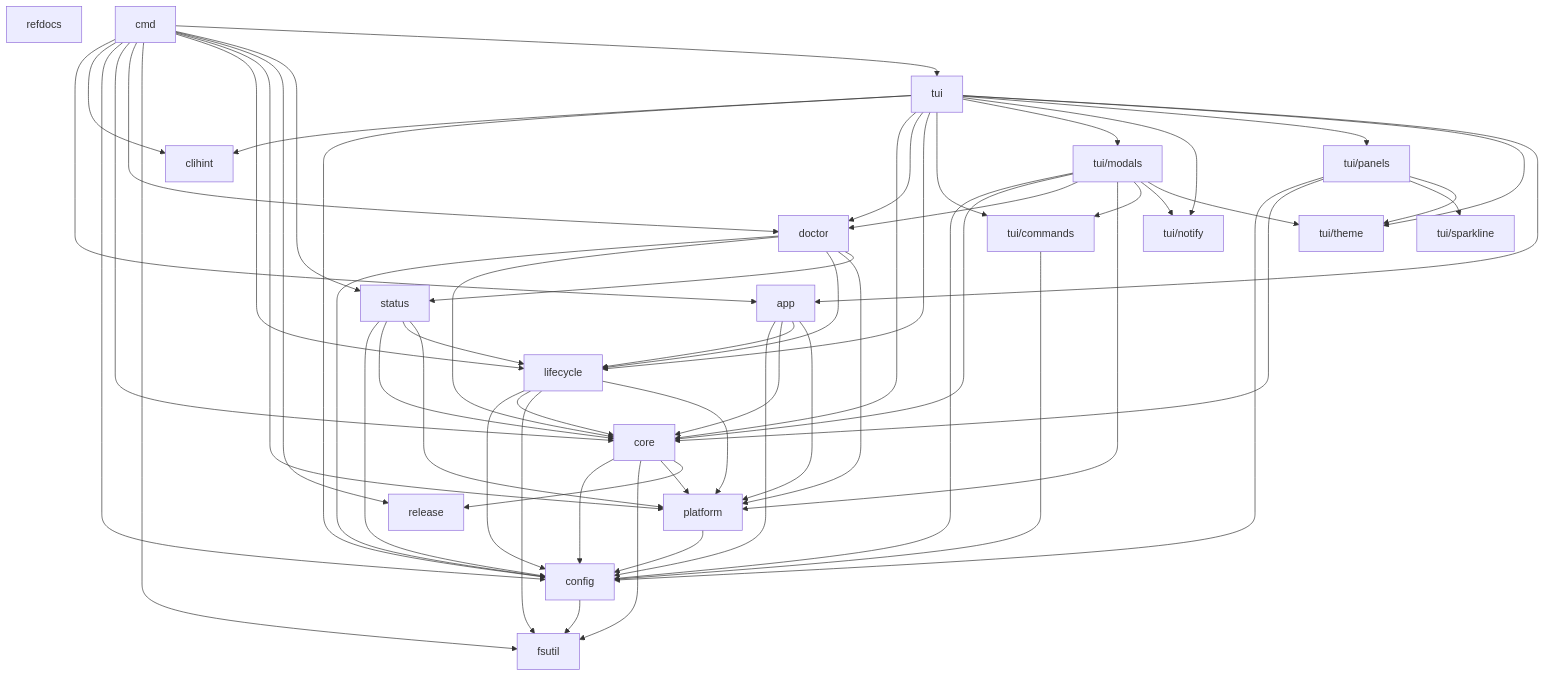
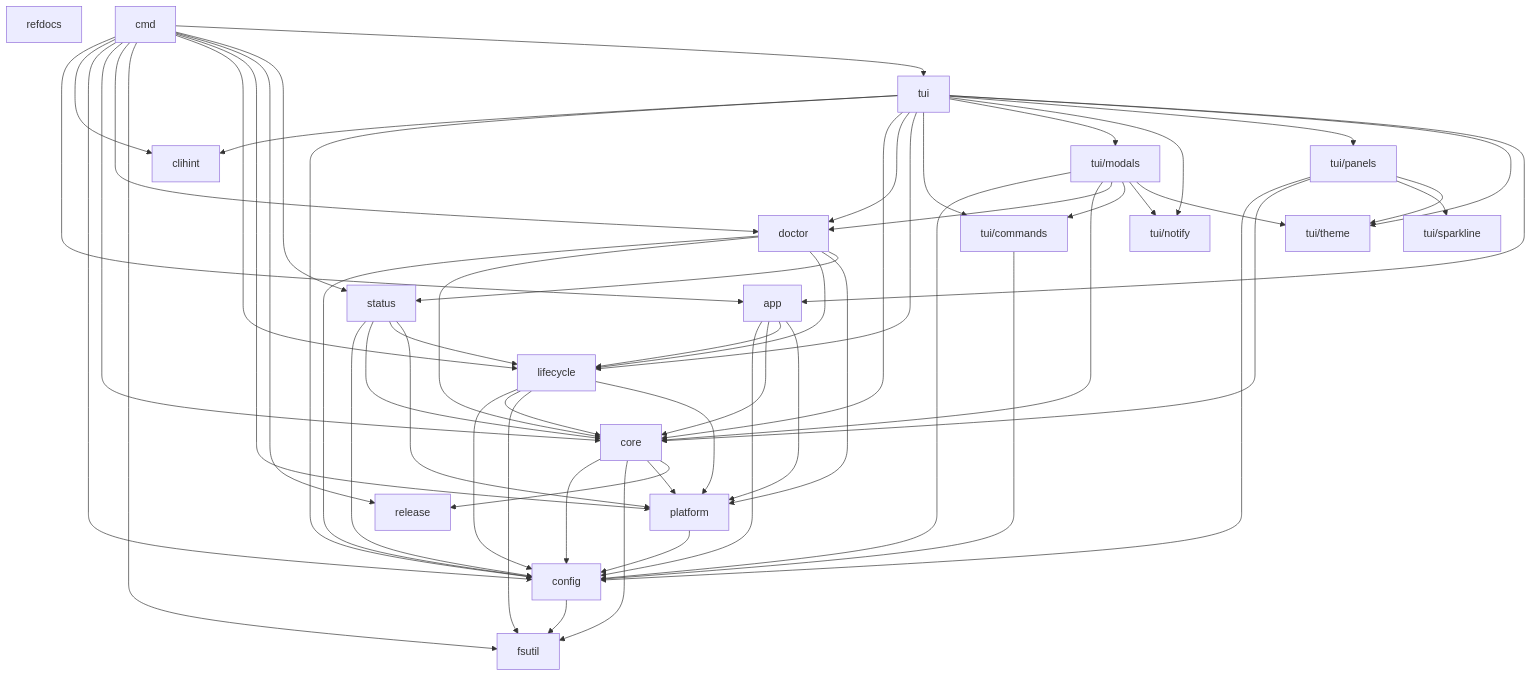
One commit to rtxnik/lazyray changed the diagram in docs/ARCHITECTURE.md. Above: the diagram before and after it, drawn with Mermaid. The commit also changed other lines of this file and 21 other files, not shown here.

````diff
--- a/docs/ARCHITECTURE.md
+++ b/docs/ARCHITECTURE.md
@@ -337,82 +337,81 @@
 ```mermaid
 graph TD
     config[config]
     fsutil[fsutil]
     platform[platform]
     theme[tui/theme]
     notify[tui/notify]
     sparkline[tui/sparkline]
     clihint[clihint]
     release[release]
     refdocs[refdocs]
     core[core]
     lifecycle[lifecycle]
     status[status]
     doctor[doctor]
     commands[tui/commands]
     panels[tui/panels]
     modals[tui/modals]
     tui[tui]
     app[app]
     cmd[cmd]
 
     platform --> config
     config --> fsutil
     core --> config
     core --> fsutil
     core --> platform
     core --> release
     lifecycle --> config
     lifecycle --> core
     lifecycle --> fsutil
     lifecycle --> platform
     status --> config
     status --> core
     status --> lifecycle
     status --> platform
     doctor --> config
     doctor --> core
     doctor --> lifecycle
     doctor --> platform
     doctor --> status
     commands --> config
     panels --> config
     panels --> core
     panels --> sparkline
     panels --> theme
     modals --> config
     modals --> core
     modals --> doctor
-    modals --> platform
     modals --> commands
     modals --> notify
     modals --> theme
     tui --> clihint
     tui --> config
     tui --> core
     tui --> doctor
     tui --> lifecycle
     tui --> commands
     tui --> modals
     tui --> notify
     tui --> panels
     tui --> theme
     tui --> app
 
     app --> config
     app --> core
     app --> lifecycle
     app --> platform
 
     cmd --> app
     cmd --> clihint
     cmd --> config
     cmd --> core
     cmd --> doctor
     cmd --> fsutil
     cmd --> lifecycle
     cmd --> platform
     cmd --> release
     cmd --> status
     cmd --> tui
 ```
````
